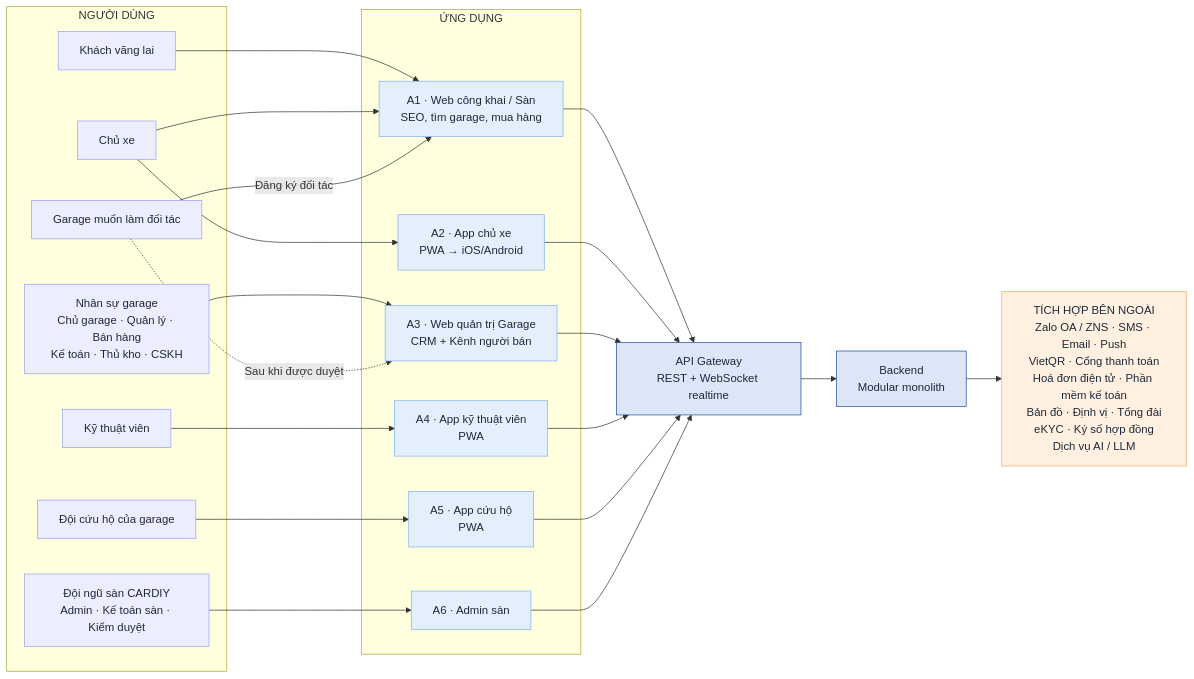
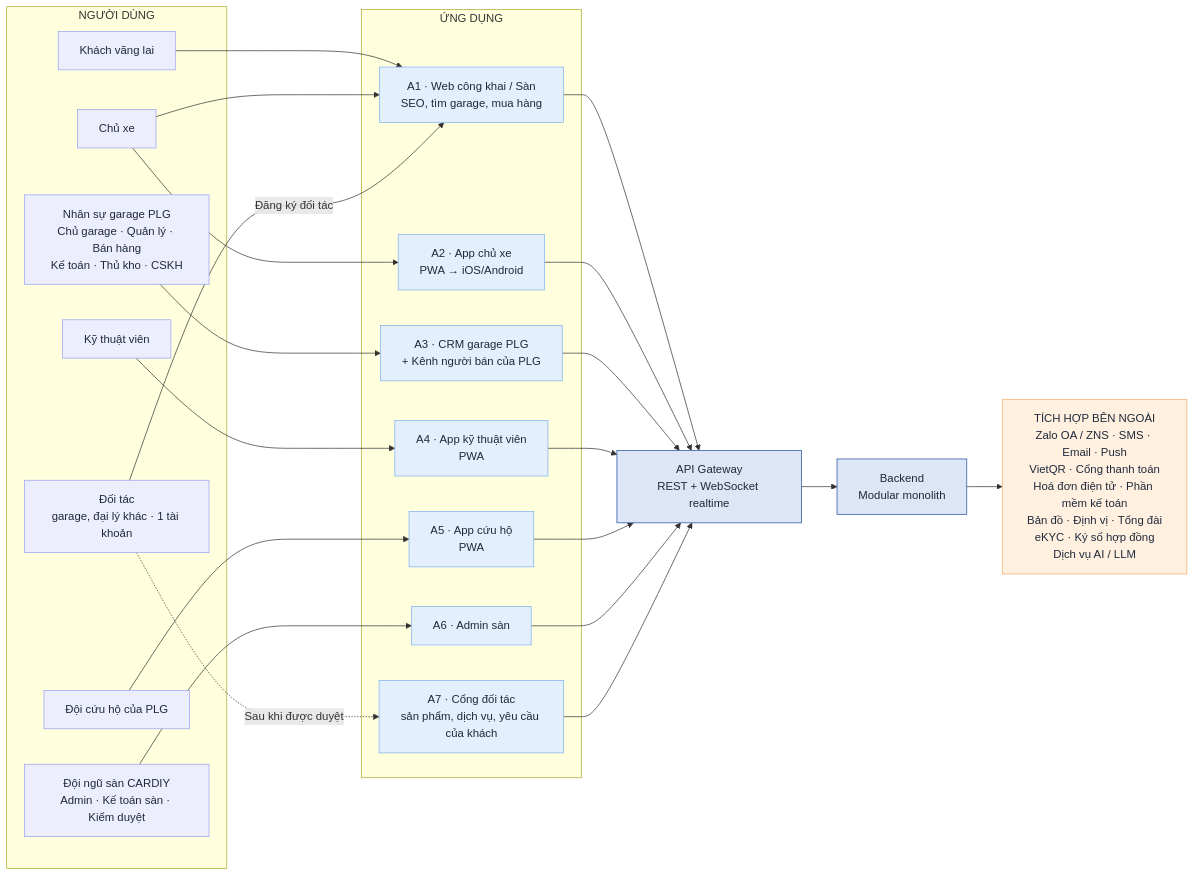
Before and after one commit to south93/cardiy-crm: the first of 3 diagrams in docs/01-tong-quan-he-thong.md, drawn with Mermaid. The commit also changed other lines of this file and 23 other files, not shown here.

First line of the commit message:
Vòng 0.4: tách Đối tác: 1 tài khoản, Cổng đối tác, không có CRM

````diff
--- a/docs/01-tong-quan-he-thong.md
+++ b/docs/01-tong-quan-he-thong.md
@@ -9,42 +11,43 @@
 ```mermaid
 flowchart LR
   classDef user fill:#eceefe,stroke:#9aa2f2,color:#1e293b
   classDef app fill:#e4effd,stroke:#7fb0ef,color:#1e293b
   classDef core fill:#dce6f6,stroke:#1f4e9c,color:#1e293b
   classDef ext fill:#fff0e0,stroke:#f4ad6a,color:#1e293b
 
   subgraph U["NGƯỜI DÙNG"]
     U1["Khách vãng lai"]:::user
     U2["Chủ xe"]:::user
-    U3["Nhân sự garage<br/>Chủ garage · Quản lý · Bán hàng<br/>Kế toán · Thủ kho · CSKH"]:::user
+    U3["Nhân sự garage PLG<br/>Chủ garage · Quản lý · Bán hàng<br/>Kế toán · Thủ kho · CSKH"]:::user
     U4["Kỹ thuật viên"]:::user
-    U5["Đội cứu hộ của garage"]:::user
-    U6["Garage muốn làm đối tác"]:::user
+    U5["Đội cứu hộ của PLG"]:::user
+    U6["Đối tác<br/>garage, đại lý khác · 1 tài khoản"]:::user
     U7["Đội ngũ sàn CARDIY<br/>Admin · Kế toán sàn · Kiểm duyệt"]:::user
   end
 
   subgraph A["ỨNG DỤNG"]
     A1["A1 · Web công khai / Sàn<br/>SEO, tìm garage, mua hàng"]:::app
     A2["A2 · App chủ xe<br/>PWA → iOS/Android"]:::app
-    A3["A3 · Web quản trị Garage<br/>CRM + Kênh người bán"]:::app
+    A3["A3 · CRM garage PLG<br/>+ Kênh người bán của PLG"]:::app
+    A7["A7 · Cổng đối tác<br/>sản phẩm, dịch vụ, yêu cầu của khách"]:::app
     A4["A4 · App kỹ thuật viên<br/>PWA"]:::app
     A5["A5 · App cứu hộ<br/>PWA"]:::app
     A6["A6 · Admin sàn"]:::app
   end
 
   U1 --> A1
   U2 --> A1 & A2
   U3 --> A3
   U4 --> A4
   U5 --> A5
   U6 -->|"Đăng ký đối tác"| A1
-  U6 -.->|"Sau khi được duyệt"| A3
+  U6 -.->|"Sau khi được duyệt"| A7
   U7 --> A6
 
   API["API Gateway<br/>REST + WebSocket realtime"]:::core
-  A1 & A2 & A3 & A4 & A5 & A6 --> API
+  A1 & A2 & A3 & A4 & A5 & A6 & A7 --> API
   API --> BE["Backend<br/>Modular monolith"]:::core
 
   X["TÍCH HỢP BÊN NGOÀI<br/>Zalo OA / ZNS · SMS · Email · Push<br/>VietQR · Cổng thanh toán<br/>Hoá đơn điện tử · Phần mềm kế toán<br/>Bản đồ · Định vị · Tổng đài<br/>eKYC · Ký số hợp đồng<br/>Dịch vụ AI / LLM"]:::ext
   BE --> X
 ```
````
